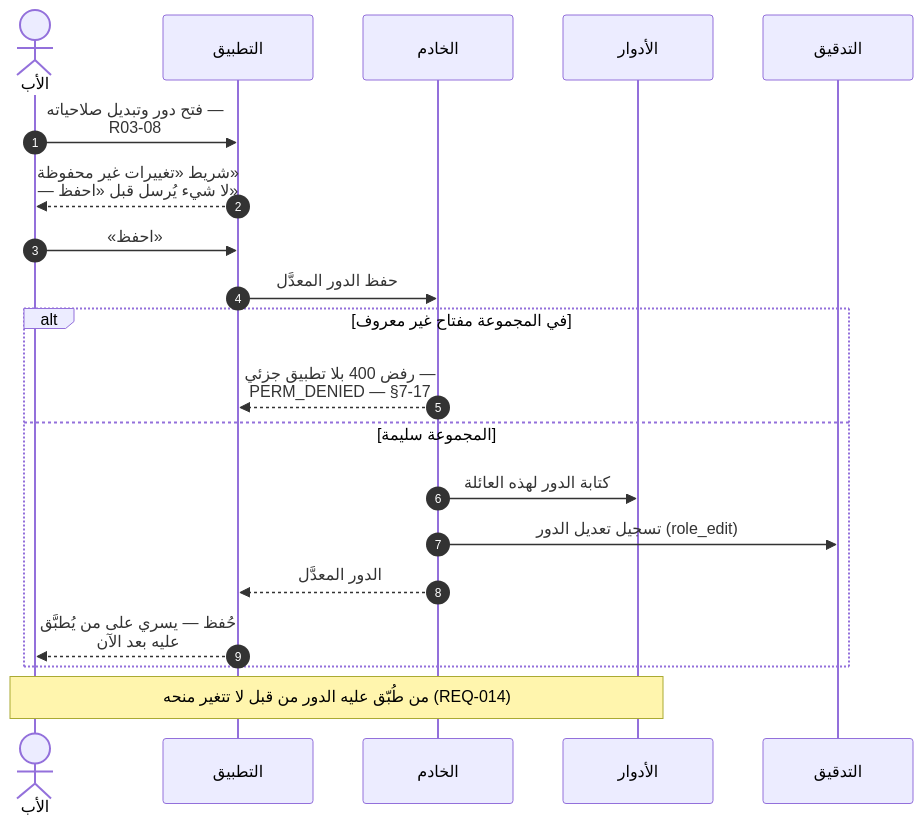
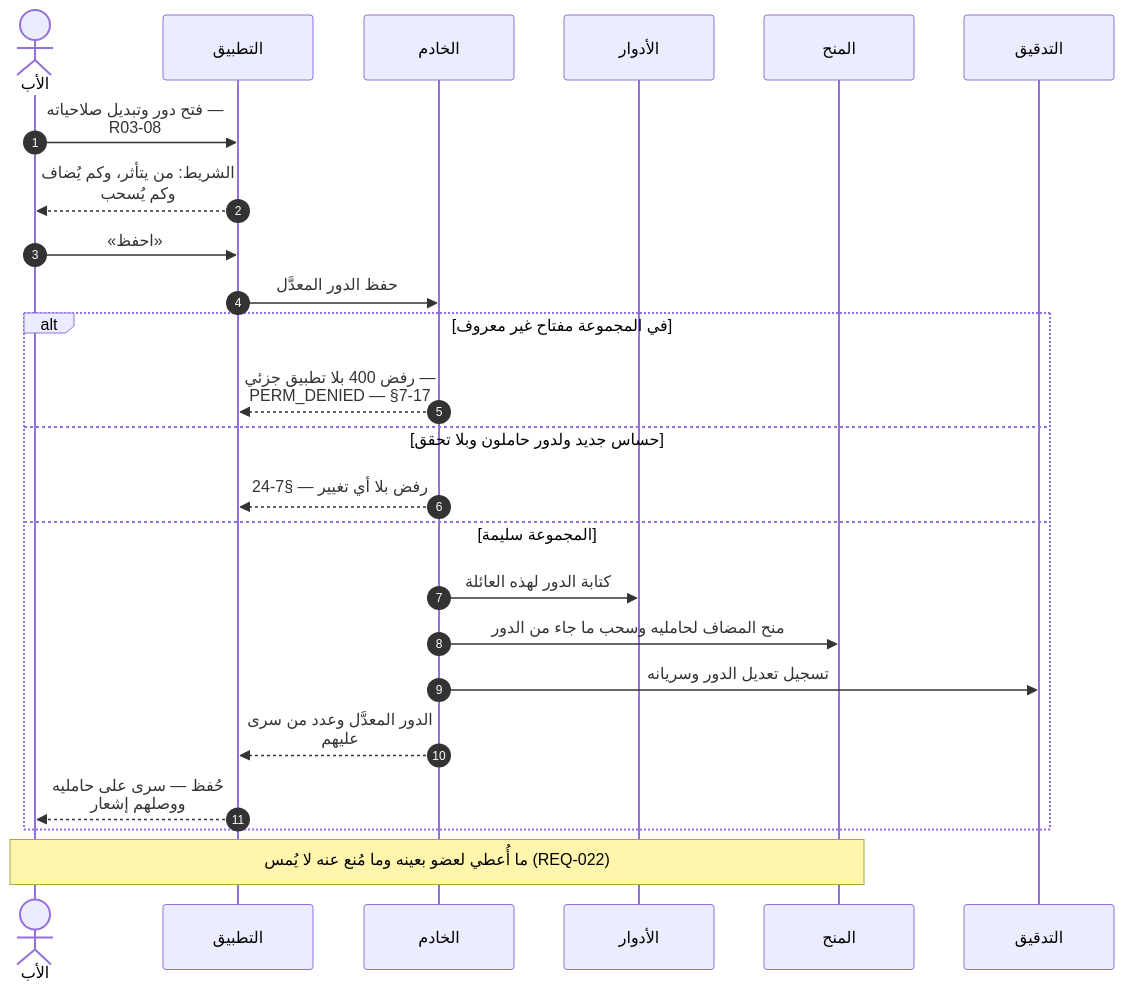
Before and after one commit to Bassam-mohammed-alqaeadi/family-os-v2: diagram 17 of 41 in docs/family-os/governance/phases/phase-1/S1-03-family-roles-and-permissions/DIAGRAMS.md, drawn with Mermaid. The commit also changed other lines of this file and 31 other files, not shown here.

````diff
--- a/docs/family-os/governance/phases/phase-1/S1-03-family-roles-and-permissions/DIAGRAMS.md
+++ b/docs/family-os/governance/phases/phase-1/S1-03-family-roles-and-permissions/DIAGRAMS.md
@@ -780,23 +787,27 @@
 ```mermaid
 %%{init: {"sequence": {"wrap": true}}}%%
 sequenceDiagram
     autonumber
     actor Father as الأب
     participant App as التطبيق
     participant Ktor as الخادم
     participant Roles as الأدوار
+    participant Grants as المنح
     participant Audit as التدقيق
     Father->>App: فتح دور وتبديل صلاحياته — R03-08
-    App-->>Father: شريط «تغييرات غير محفوظة» — لا شيء يُرسل قبل «احفظ»
+    App-->>Father: الشريط: من يتأثر، وكم يُضاف وكم يُسحب
     Father->>App: «احفظ»
     App->>Ktor: حفظ الدور المعدَّل
     alt في المجموعة مفتاح غير معروف
         Ktor-->>App: رفض 400 بلا تطبيق جزئي — PERM_DENIED — §7-17
+    else حساس جديد ولدور حاملون وبلا تحقق
+        Ktor-->>App: رفض بلا أي تغيير — §7-24
     else المجموعة سليمة
         Ktor->>Roles: كتابة الدور لهذه العائلة
-        Ktor->>Audit: تسجيل تعديل الدور (role_edit)
-        Ktor-->>App: الدور المعدَّل
-        App-->>Father: حُفظ — يسري على من يُطبَّق عليه بعد الآن
+        Ktor->>Grants: منح المضاف لحامليه وسحب ما جاء من الدور
+        Ktor->>Audit: تسجيل تعديل الدور وسريانه
+        Ktor-->>App: الدور المعدَّل وعدد من سرى عليهم
+        App-->>Father: حُفظ — سرى على حامليه ووصلهم إشعار
     end
-    Note over Father,Roles: من طُبّق عليه الدور من قبل لا تتغير منحه (REQ-014)
+    Note over Father,Grants: ما أُعطي لعضو بعينه وما مُنع عنه لا يُمس (REQ-022)
 ```
````
